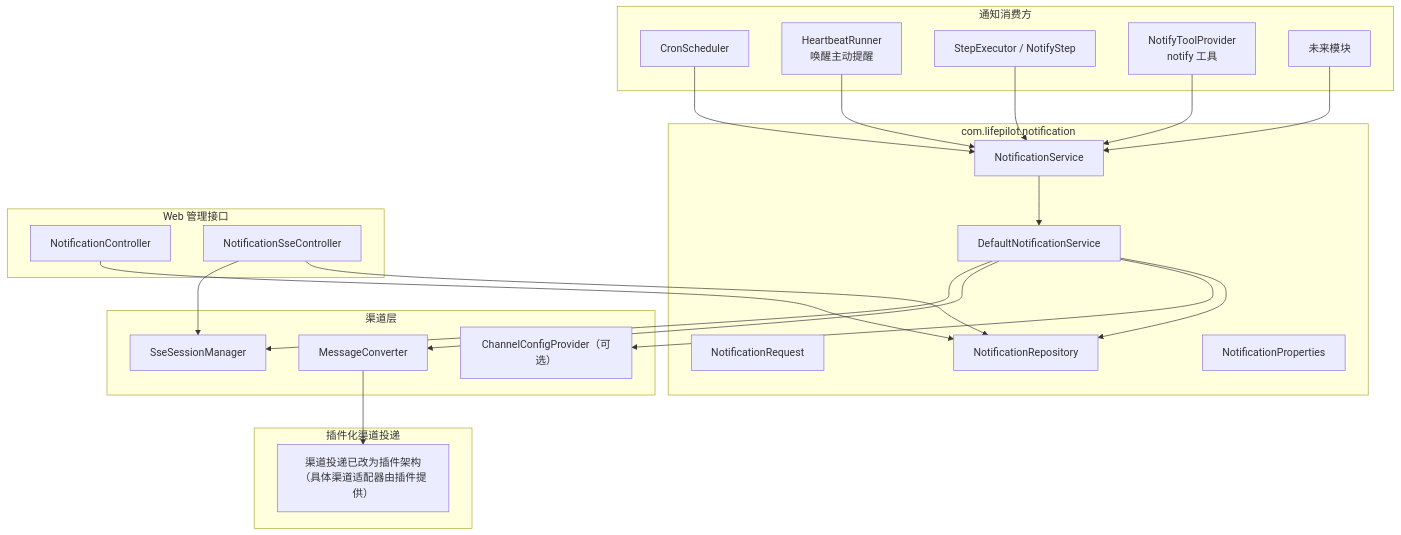
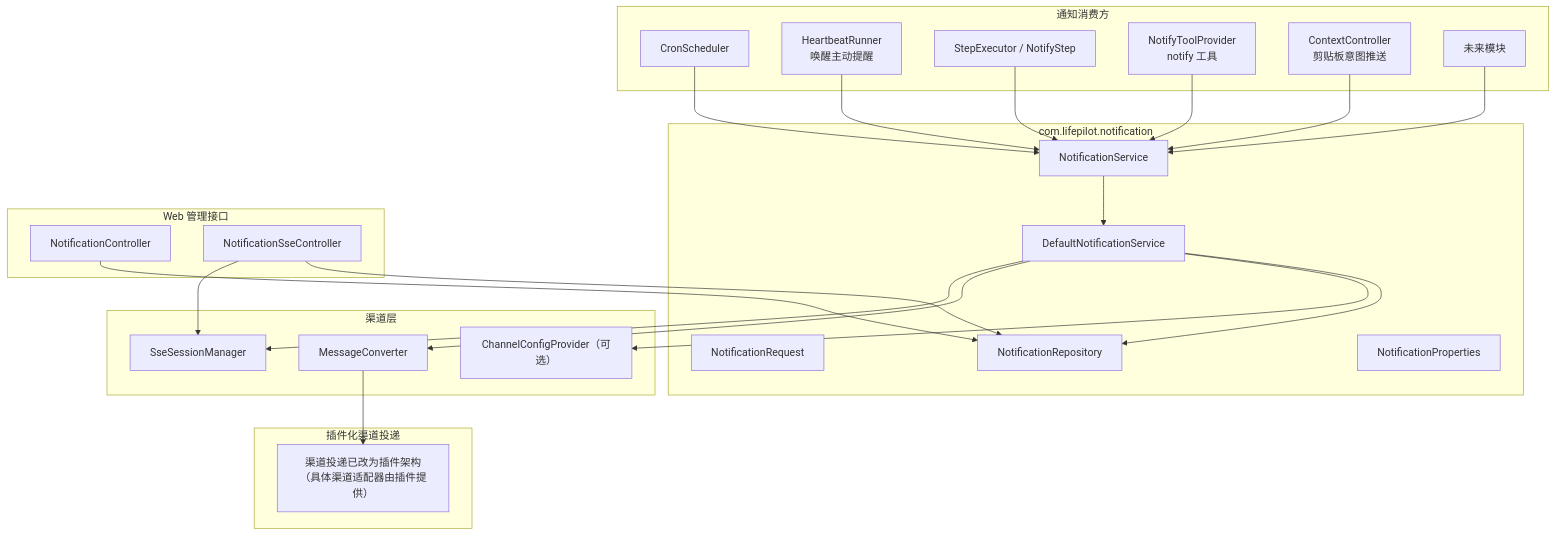
One commit to ntygod/LifePilot changed the first of 2 diagrams in docs/architecture/notification.md. Above: the diagram before and after it, drawn with Mermaid. The commit also changed other lines of this file and 22 other files, not shown here.

First line of the commit message:
feat(proactive): 主动引擎补完 — 反馈闭环 + 零配置天气感知 + 剪贴板意图推送

````diff
--- a/docs/architecture/notification.md
+++ b/docs/architecture/notification.md
@@ -23,49 +23,51 @@
 ```mermaid
 graph TB
     subgraph "通知消费方"
         CRON["CronScheduler"]
         HEARTBEAT["HeartbeatRunner<br/>唤醒主动提醒"]
         WF["StepExecutor / NotifyStep"]
         META["NotifyToolProvider<br/>notify 工具"]
+        CTX_CTRL["ContextController<br/>剪贴板意图推送"]
         FUTURE["未来模块"]
     end
 
     subgraph "com.lifepilot.notification"
         NS["NotificationService"]
         IMPL["DefaultNotificationService"]
         NR["NotificationRequest"]
         REPO["NotificationRepository"]
         PROPS["NotificationProperties"]
     end
 
     subgraph "渠道层"
         CFG["ChannelConfigProvider（可选）"]
         MC["MessageConverter"]
         SSE["SseSessionManager"]
     end
 
     subgraph "插件化渠道投递"
         PLUGIN_NOTE["渠道投递已改为插件架构<br/>（具体渠道适配器由插件提供）"]
     end
 
     subgraph "Web 管理接口"
         NC["NotificationController"]
         NSC["NotificationSseController"]
     end
 
     CRON --> NS
     HEARTBEAT --> NS
     WF --> NS
     META --> NS
+    CTX_CTRL --> NS
     FUTURE --> NS
 
     NS --> IMPL
     IMPL --> REPO
     IMPL --> CFG
     IMPL --> MC
     MC --> PLUGIN_NOTE
     IMPL --> SSE
     NC --> REPO
     NSC --> REPO
     NSC --> SSE
 ```
````
